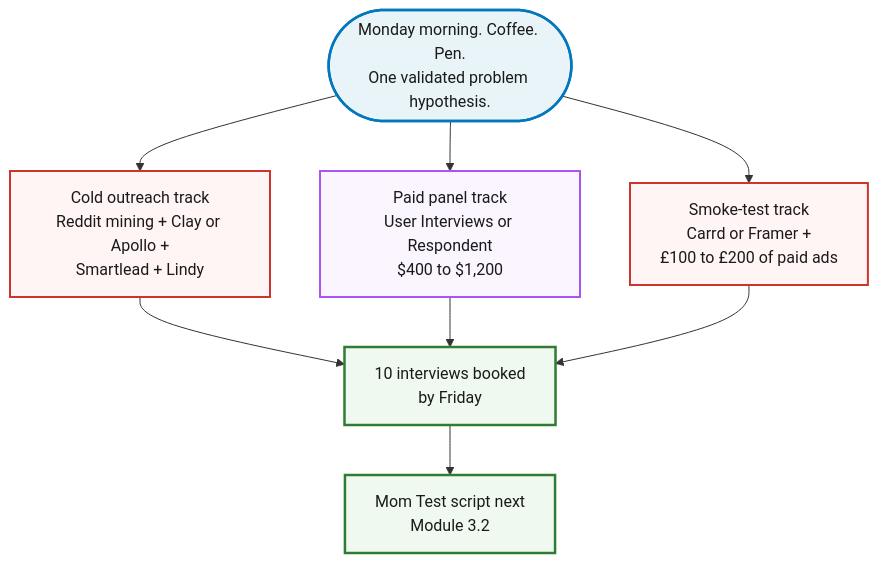
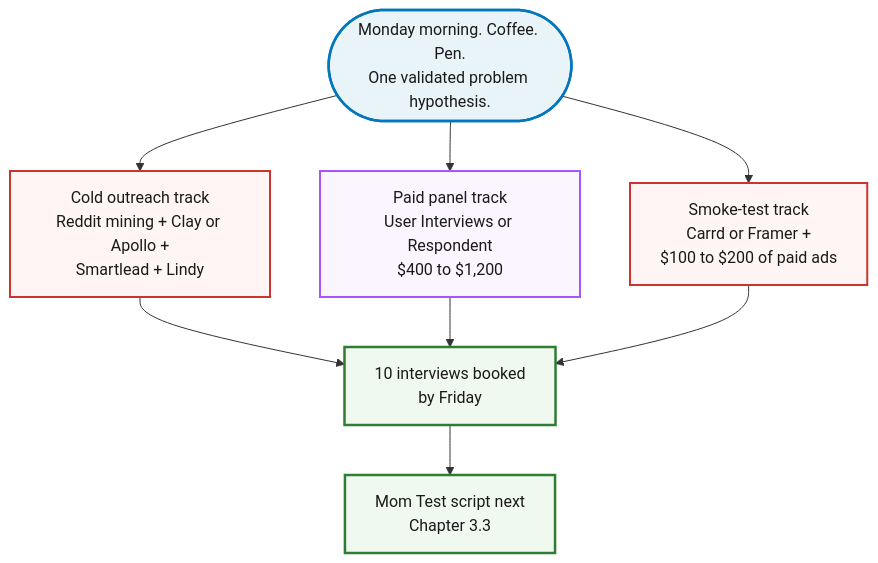
Before and after one commit to jetthoughts/jetthoughts.github.io: the diagram in content/blog/find-10-people-with-problem-outreach-2026/index.md, drawn with Mermaid. The commit also changed other lines of this file and 110 other files, not shown here.

````diff
--- a/content/blog/find-10-people-with-problem-outreach-2026/index.md
+++ b/content/blog/find-10-people-with-problem-outreach-2026/index.md
@@ -162,22 +169,22 @@
 ```mermaid
 %%{init: {'theme':'base', 'themeVariables': {'fontFamily':'Caveat, Patrick Hand, cursive', 'primaryColor':'#fff5f5', 'primaryBorderColor':'#cc342d', 'lineColor':'#333', 'primaryTextColor':'#1a1a1a'}}}%%
 flowchart TD
     A(["Monday morning. Coffee. Pen.<br/>One validated problem hypothesis."])
     A --> B[Cold outreach track<br/>Reddit mining + Clay or Apollo +<br/>Smartlead + Lindy]
     A --> C[Paid panel track<br/>User Interviews or Respondent<br/>$400 to $1,200]
-    A --> D[Smoke-test track<br/>Carrd or Framer +<br/>£100 to £200 of paid ads]
+    A --> D[Smoke-test track<br/>Carrd or Framer +<br/>$100 to $200 of paid ads]
     B --> E[10 interviews booked<br/>by Friday]
     C --> E
     D --> E
-    E --> F[Mom Test script next<br/>Module 3.2]
+    E --> F[Mom Test script next<br/>Chapter 3.3]
 
     classDef start fill:#e8f4f8,stroke:#0277bd,stroke-width:2.5px,color:#1a1a1a
     classDef track fill:#fff5f5,stroke:#cc342d,stroke-width:2px,color:#1a1a1a
     classDef paid fill:#faf5ff,stroke:#a855f7,stroke-width:2px,color:#1a1a1a
     classDef goal fill:#f0f9f0,stroke:#2e7d32,stroke-width:2.5px,color:#1a1a1a
 
     class A start
     class B,D track
     class C paid
     class E,F goal
 ```
````
